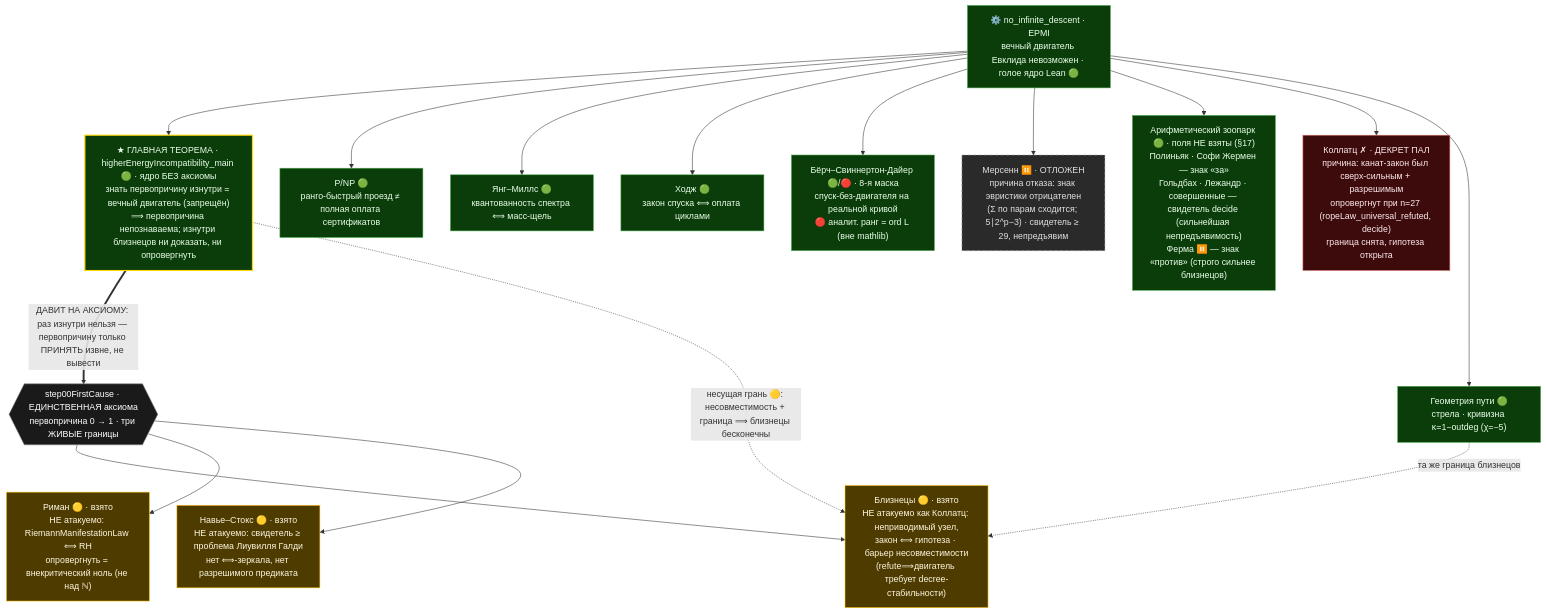
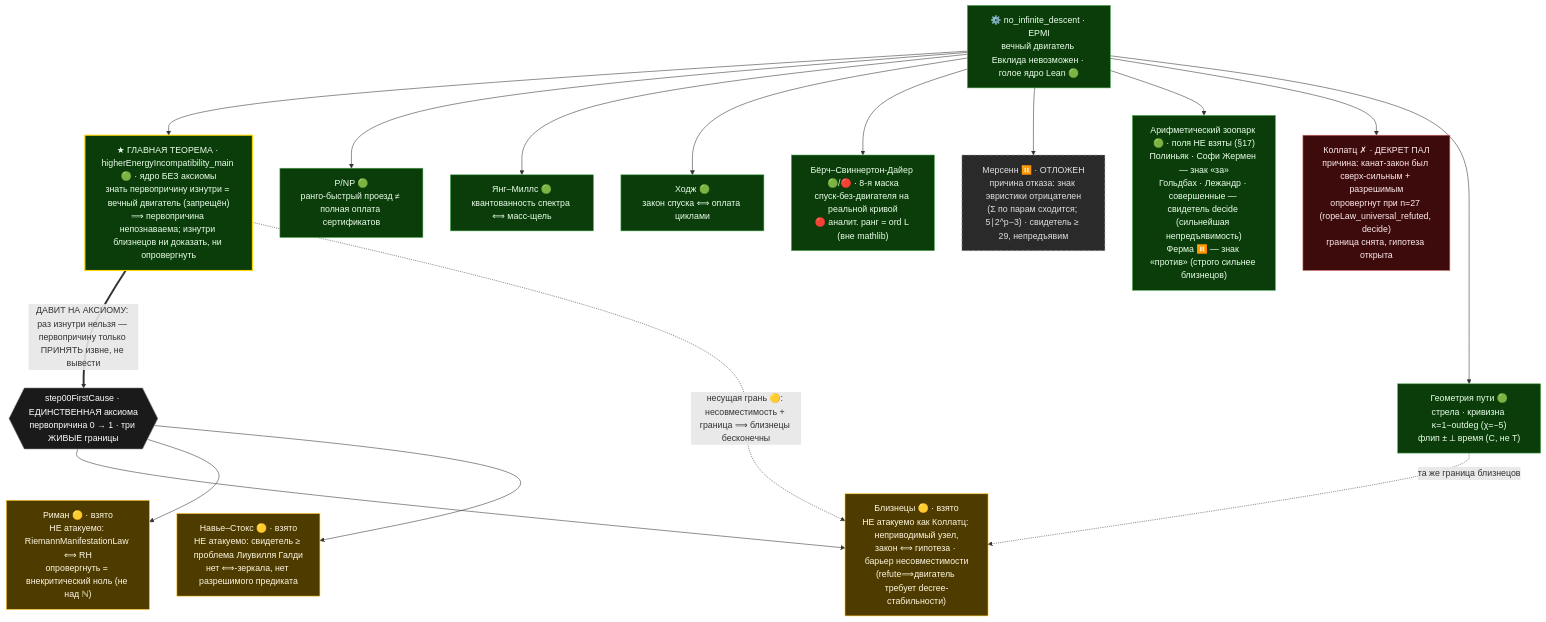
The diagram in README.ru.md (elamaunt/Euclids-path), drawn with Mermaid before and after one commit. The commit also changed 3 other files, not shown here.

First line of the commit message:
Navigator graph: GEO node gains "twin ± flip ⟂ time (C, not T)"

````diff
--- a/README.ru.md
+++ b/README.ru.md
@@ -76,38 +76,38 @@
 ```mermaid
 flowchart TD
     ROOT["⚙️ no_infinite_descent · EPMI<br/>вечный двигатель Евклида невозможен · голое ядро Lean 🟢"]
 
     ROOT --> MT["★ ГЛАВНАЯ ТЕОРЕМА · higherEnergyIncompatibility_main 🟢 · ядро БЕЗ аксиомы<br/>знать первопричину изнутри = вечный двигатель (запрещён)<br/>⟹ первопричина непознаваема; изнутри близнецов ни доказать, ни опровергнуть"]
     MT ==>|"ДАВИТ НА АКСИОМУ: раз изнутри нельзя — первопричину только ПРИНЯТЬ извне, не вывести"| FC{{"step00FirstCause · ЕДИНСТВЕННАЯ аксиома<br/>первопричина 0 → 1 · три ЖИВЫЕ границы"}}
 
     FC --> TP["Близнецы 🟡 · взято<br/>НЕ атакуемо как Коллатц: неприводимый узел,<br/>закон ⟺ гипотеза · барьер несовместимости<br/>(refute⟹двигатель требует decree-стабильности)"]
     FC --> RH["Риман 🟡 · взято<br/>НЕ атакуемо: RiemannManifestationLaw ⟺ RH<br/>опровергнуть = внекритический ноль (не над ℕ)"]
     FC --> NS["Навье–Стокс 🟡 · взято<br/>НЕ атакуемо: свидетель ≥ проблема Лиувилля Галди<br/>нет ⟺-зеркала, нет разрешимого предиката"]
     MT -.->|"несущая грань 🟡: несовместимость + граница ⟹ близнецы бесконечны"| TP
 
     ROOT --> PNP["P/NP 🟢<br/>ранго-быстрый проезд ≠ полная оплата сертификатов"]
     ROOT --> YM["Янг–Миллс 🟢<br/>квантованность спектра ⟺ масс-щель"]
     ROOT --> HC["Ходж 🟢<br/>закон спуска ⟺ оплата циклами"]
     ROOT --> BSD["Бёрч–Свиннертон-Дайер 🟢/🔴 · 8-я маска<br/>спуск-без-двигателя на реальной кривой<br/>🔴 аналит. ранг = ord L (вне mathlib)"]
 
     ROOT --> MP["Мерсенн ⏸️ · ОТЛОЖЕН<br/>причина отказа: знак эвристики отрицателен<br/>(Σ по парам сходится; 5∣2^p−3) · свидетель ≥ 29, непредъявим"]
     ROOT --> ZOO["Арифметический зоопарк 🟢 · поля НЕ взяты (§17)<br/>Полиньяк · Софи Жермен — знак «за»<br/>Гольдбах · Лежандр · совершенные — свидетель decide (сильнейшая непредъявимость)<br/>Ферма ⏸️ — знак «против» (строго сильнее близнецов)"]
 
     ROOT --> CL["Коллатц ✗ · ДЕКРЕТ ПАЛ<br/>причина: канат-закон был сверх-сильным + разрешимым<br/>опровергнут при n=27 (ropeLaw_universal_refuted, decide)<br/>граница снята, гипотеза открыта"]
 
-    ROOT --> GEO["Геометрия пути 🟢<br/>стрела · кривизна κ=1−outdeg (χ=−5)"]
+    ROOT --> GEO["Геометрия пути 🟢<br/>стрела · кривизна κ=1−outdeg (χ=−5)<br/>флип ± ⟂ время (C, не T)"]
     GEO -. та же граница близнецов .-> TP
 
     classDef green fill:#0b3d0b,stroke:#4caf50,color:#eaffea;
     classDef apex fill:#0b3d0b,stroke:#ffd700,stroke-width:2px,color:#eaffea;
     classDef yellow fill:#4d3b00,stroke:#ffc107,color:#fff8e1;
     classDef deferred fill:#2a2a2a,stroke:#9e9e9e,color:#e0e0e0,stroke-dasharray: 6 4;
     classDef fallen fill:#3d0b0b,stroke:#e57373,color:#ffebee;
     classDef rootnode fill:#1a1a1a,stroke:#888,color:#ffffff;
     class ROOT,PNP,YM,HC,BSD,ZOO,GEO green;
     class MT apex;
     class TP,RH,NS yellow;
     class MP deferred;
     class CL fallen;
     class FC rootnode;
 ```
````
